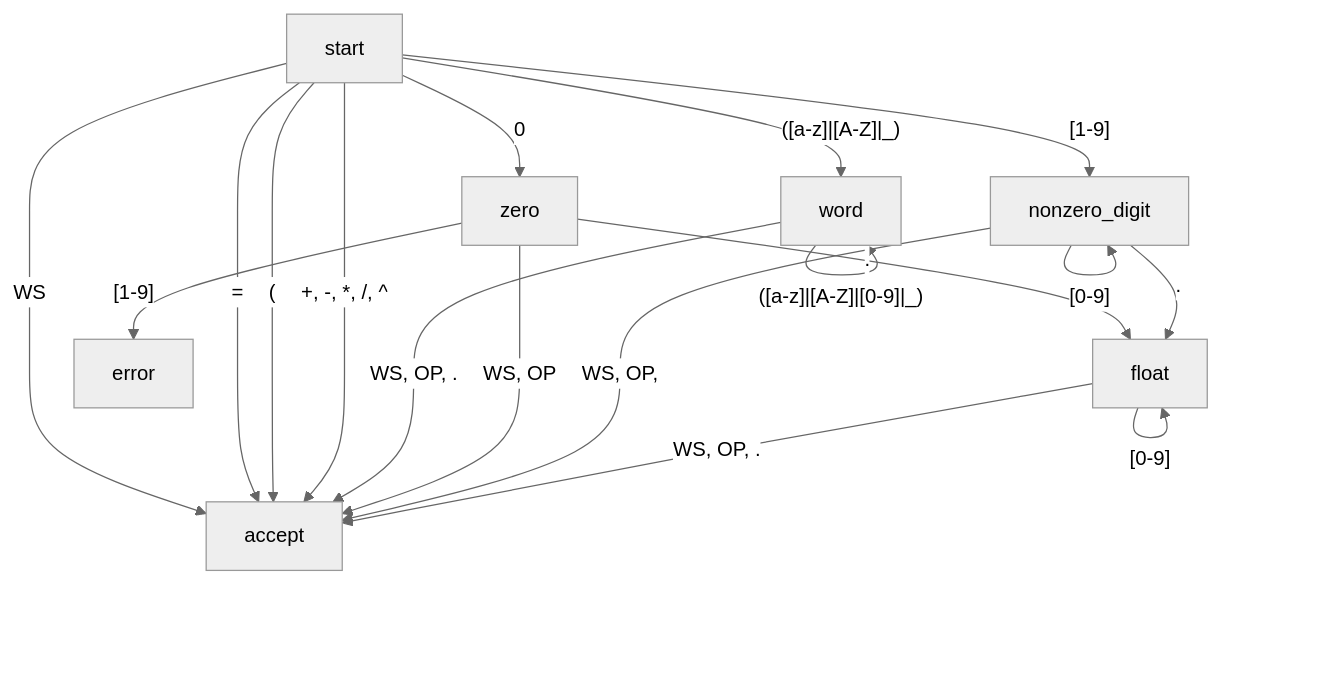
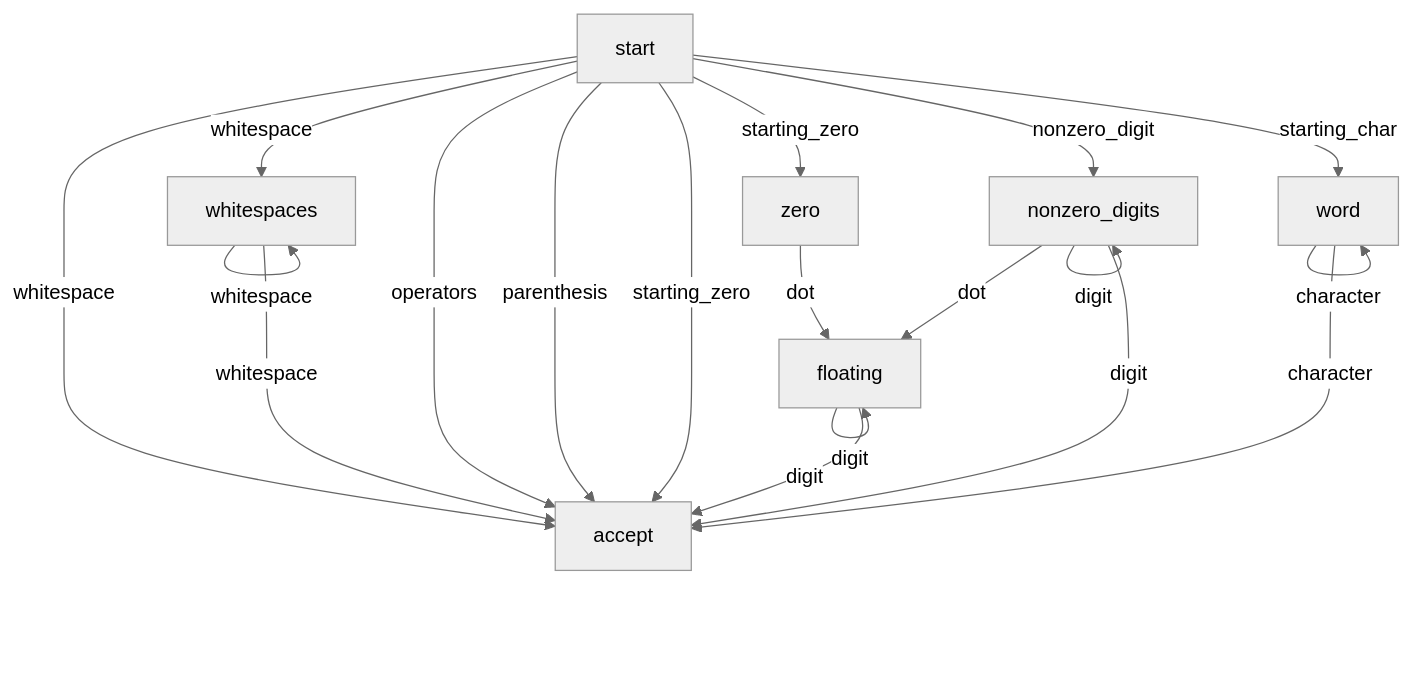
Before and after one commit to harimseong/CLI_calculator: the diagram in token.md, drawn with Mermaid (neutral theme). The commit also changed other lines of this file and 6 other files, not shown here.

````diff
--- a/token.md
+++ b/token.md
@@ -39,20 +43,22 @@
 ```mermaid
 graph TD;
-    start -- WS --> accept
-    start -- = --> accept
-    start -- ( --> accept
-    start -- +, -, *, /, ^ --> accept
-    start -- [1-9] --> nonzero_digit
-    start -- 0 --> zero
-    start -- ([a-z]|[A-Z]|_) --> word
-    word -- ([a-z]|[A-Z]|[0-9]|_) --> word
-    word -- WS, OP, . --> accept
-    zero -- . --> float
-    zero -- [1-9] --> error
-    zero -- WS, OP --> accept
-    nonzero_digit -- [0-9] --> nonzero_digit
-    nonzero_digit -- . --> float
-    nonzero_digit -- WS, OP, --> accept
-    float -- [0-9] --> float
-    float -- WS, OP, . --> accept
+    start -- whitespace --> accept
+    start -- whitespace --> whitespaces
+    start -- operators --> accept
+    start -- parenthesis --> accept
+    start -- starting_zero --> accept
+    start -- starting_zero --> zero
+    start -- nonzero_digit --> nonzero_digits
+    start -- starting_char --> word
+    whitespaces -- whitespace --> whitespaces
+    whitespaces -- whitespace --> accept
+    zero -- dot --> floating
+    nonzero_digits -- dot --> floating
+    nonzero_digits -- digit --> nonzero_digits
+    nonzero_digits -- digit --> accept
+    floating -- digit --> floating
+    floating -- digit --> accept
+    word -- character --> word
+    word -- character --> accept
+
 ```
````
